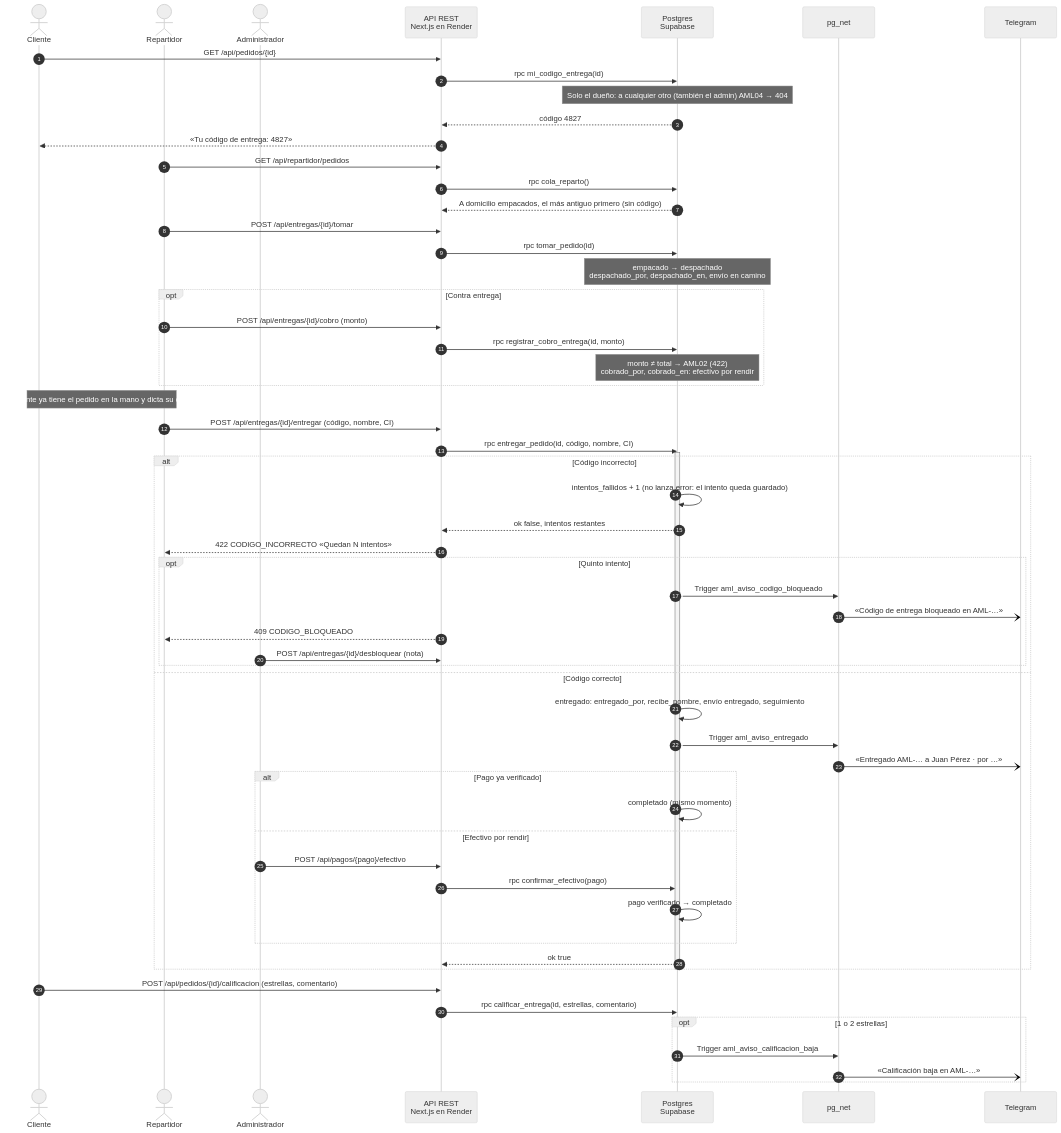
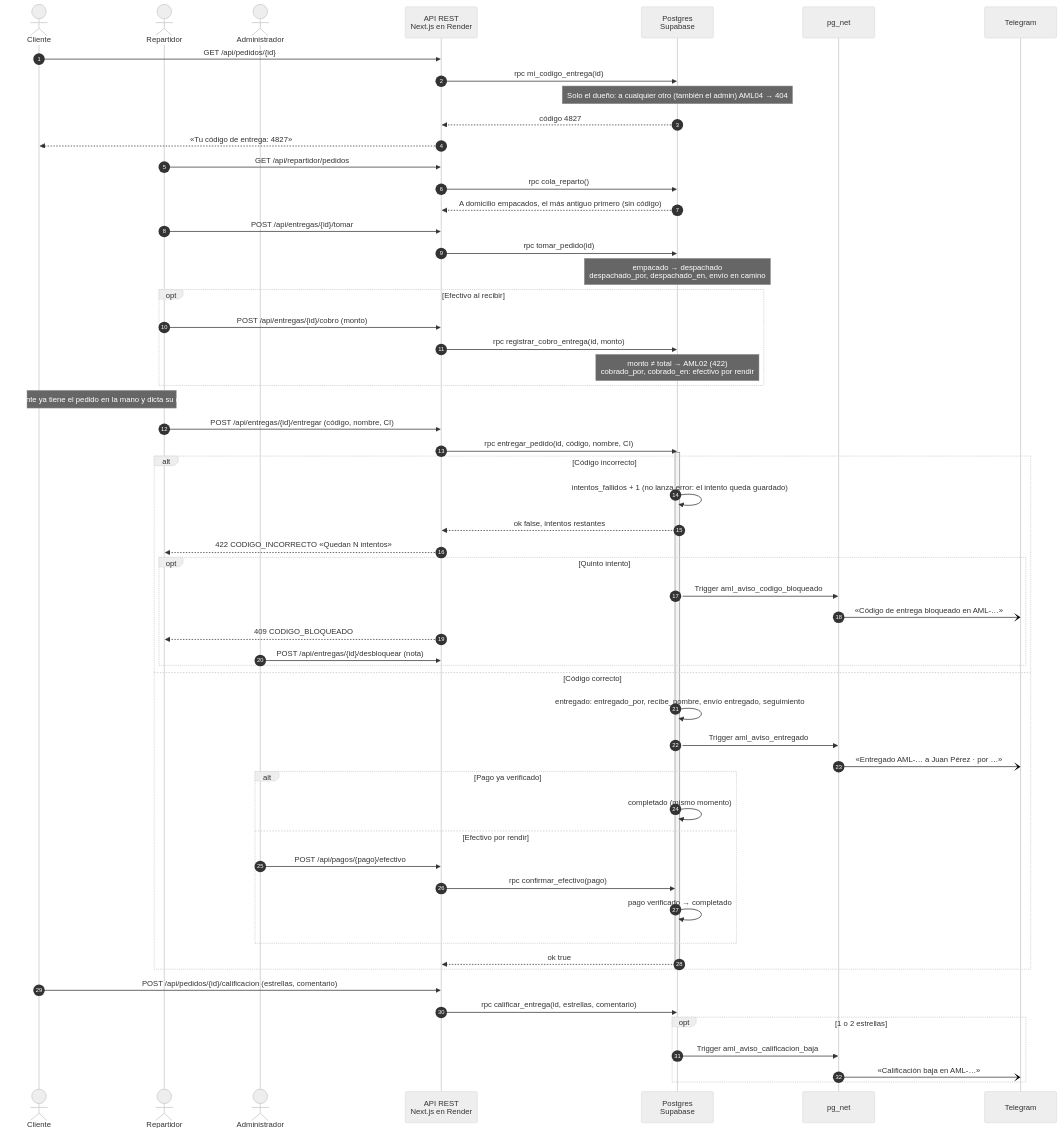
One commit to Almartinezlima/AML-AgroTech changed the fourth of 4 diagrams in docs/uml/secuencia.md. Above: the diagram before and after it, drawn with Mermaid (neutral theme). The commit also changed other lines of this file and 14 other files, not shown here.

Commit message:
docs(compra): compra en 3 clics, efectivo al recibir confirmado, visor del comprobante y nombres nuevos en specs, UML, OpenAPI y arquitectura

````diff
--- a/docs/uml/secuencia.md
+++ b/docs/uml/secuencia.md
@@ -172,62 +173,62 @@
 ```mermaid
 sequenceDiagram
   autonumber
   actor C as Cliente
   actor R as Repartidor
   actor AD as Administrador
   participant A as API REST<br/>Next.js en Render
   participant DB as Postgres<br/>Supabase
   participant Q as pg_net
   participant T as Telegram
 
   C->>A: GET /api/pedidos/{id}
   A->>DB: rpc mi_codigo_entrega(id)
   Note over DB: Solo el dueño: a cualquier otro (también el admin) AML04 → 404
   DB-->>A: código 4827
   A-->>C: «Tu código de entrega: 4827»
   R->>A: GET /api/repartidor/pedidos
   A->>DB: rpc cola_reparto()
   DB-->>A: A domicilio empacados, el más antiguo primero (sin código)
   R->>A: POST /api/entregas/{id}/tomar
   A->>DB: rpc tomar_pedido(id)
   Note over DB: empacado → despachado<br/>despachado_por, despachado_en, envío en camino
-  opt Contra entrega
+  opt Efectivo al recibir
     R->>A: POST /api/entregas/{id}/cobro (monto)
     A->>DB: rpc registrar_cobro_entrega(id, monto)
     Note over DB: monto ≠ total → AML02 (422)<br/>cobrado_por, cobrado_en: efectivo por rendir
   end
   Note over C,R: El cliente ya tiene el pedido en la mano y dicta su código
   R->>A: POST /api/entregas/{id}/entregar (código, nombre, CI)
   A->>DB: rpc entregar_pedido(id, código, nombre, CI)
   activate DB
   alt Código incorrecto
     DB->>DB: intentos_fallidos + 1 (no lanza error: el intento queda guardado)
     DB-->>A: ok false, intentos restantes
     A-->>R: 422 CODIGO_INCORRECTO «Quedan N intentos»
     opt Quinto intento
       DB->>Q: Trigger aml_aviso_codigo_bloqueado
       Q-)T: «Código de entrega bloqueado en AML-…»
       A-->>R: 409 CODIGO_BLOQUEADO
       AD->>A: POST /api/entregas/{id}/desbloquear (nota)
     end
   else Código correcto
     DB->>DB: entregado: entregado_por, recibe_nombre, envío entregado, seguimiento
     DB->>Q: Trigger aml_aviso_entregado
     Q-)T: «Entregado AML-… a Juan Pérez · por …»
     alt Pago ya verificado
       DB->>DB: completado (mismo momento)
     else Efectivo por rendir
       AD->>A: POST /api/pagos/{pago}/efectivo
       A->>DB: rpc confirmar_efectivo(pago)
       DB->>DB: pago verificado → completado
     end
     DB-->>A: ok true
   end
   deactivate DB
   C->>A: POST /api/pedidos/{id}/calificacion (estrellas, comentario)
   A->>DB: rpc calificar_entrega(id, estrellas, comentario)
   opt 1 o 2 estrellas
     DB->>Q: Trigger aml_aviso_calificacion_baja
     Q-)T: «Calificación baja en AML-…»
   end
 ```
````
